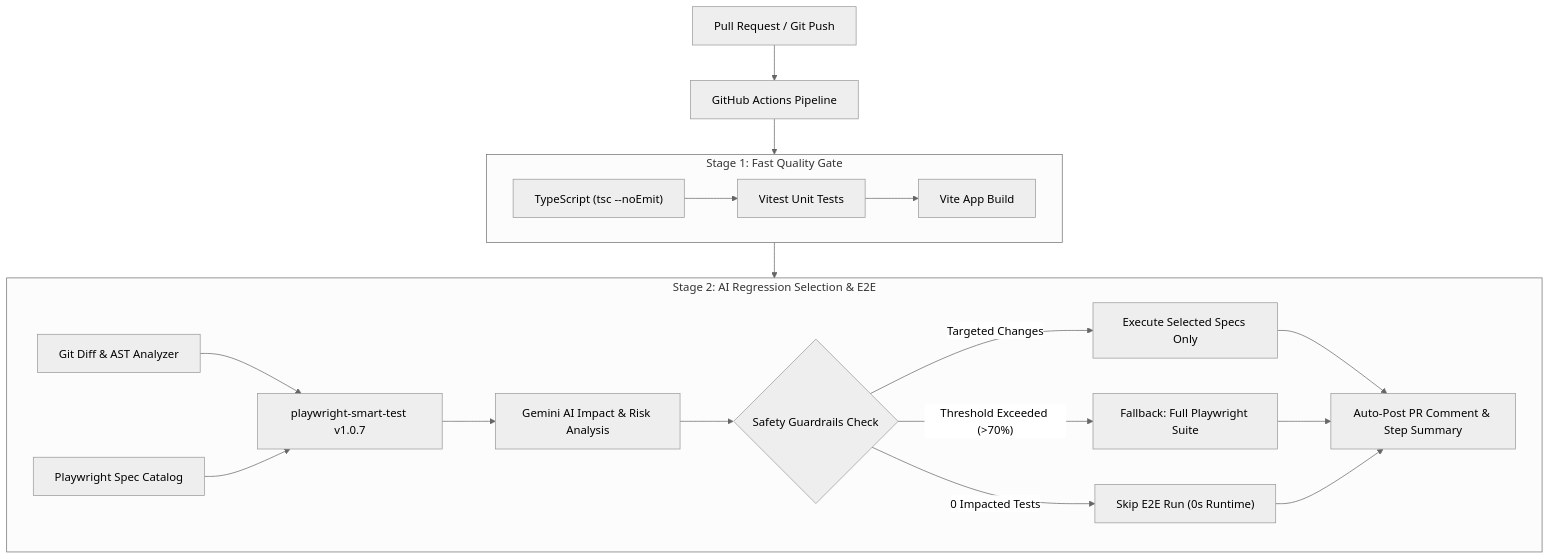
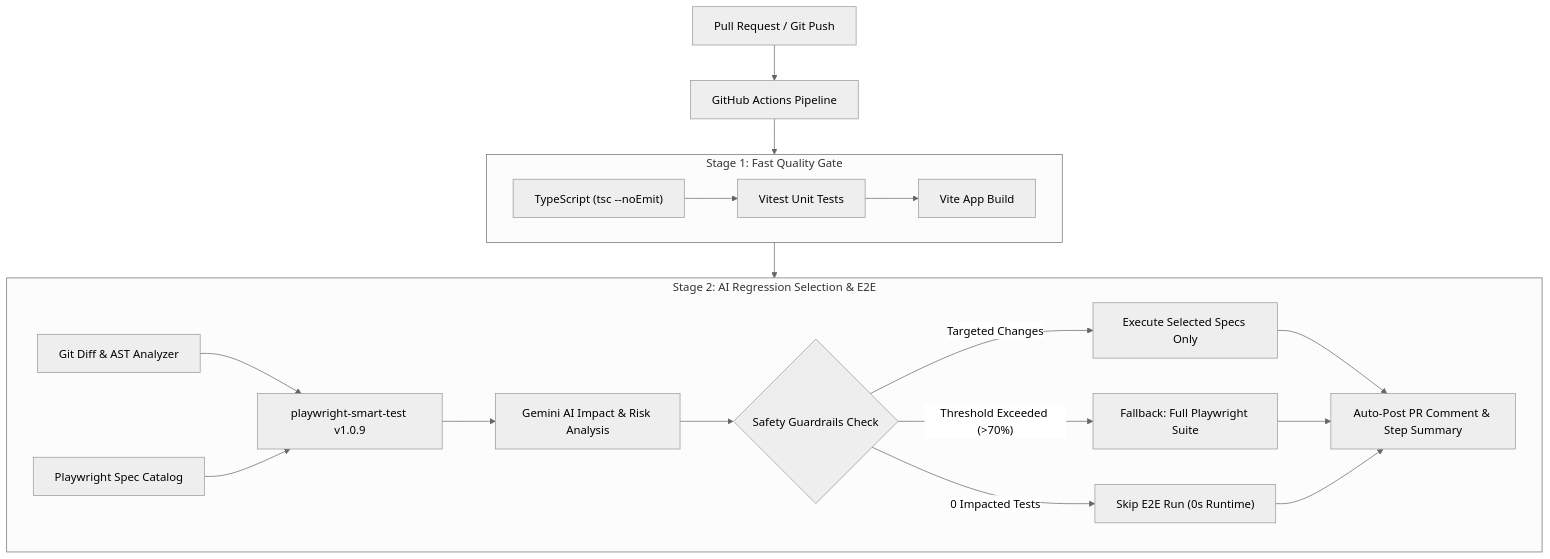
Before and after one commit to Ujjwal-S-S/ecommerce-playwright-demo: the diagram in README.md, drawn with Mermaid (neutral theme). The commit also changed other lines of this file and 4 other files, not shown here.

Commit message:
fix(ci): fix PR base ref diffing, add issues write permission, upgrade playwright-smart-test to v1.0.9

````diff
--- a/README.md
+++ b/README.md
@@ -36,28 +36,28 @@
 ```mermaid
 flowchart TD
     PR["Pull Request / Git Push"] --> CI["GitHub Actions Pipeline"]
 
     subgraph Stage1 ["Stage 1: Fast Quality Gate"]
         TC["TypeScript (tsc --noEmit)"] --> UT["Vitest Unit Tests"]
         UT --> Build["Vite App Build"]
     end
 
     CI --> Stage1
 
     subgraph Stage2 ["Stage 2: AI Regression Selection & E2E"]
-        Diff["Git Diff & AST Analyzer"] --> Agent["playwright-smart-test v1.0.7"]
+        Diff["Git Diff & AST Analyzer"] --> Agent["playwright-smart-test v1.0.9"]
         Catalog["Playwright Spec Catalog"] --> Agent
         Agent --> Gemini["Gemini AI Impact & Risk Analysis"]
         Gemini --> Guardrails{"Safety Guardrails Check"}
 
         Guardrails -->|"0 Impacted Tests"| Skip["Skip E2E Run (0s Runtime)"]
         Guardrails -->|"Targeted Changes"| Targeted["Execute Selected Specs Only"]
         Guardrails -->|"Threshold Exceeded (>70%)"| Full["Fallback: Full Playwright Suite"]
 
         Targeted --> Report["Auto-Post PR Comment & Step Summary"]
         Full --> Report
         Skip --> Report
     end
 
     Stage1 --> Stage2
 ```
````
